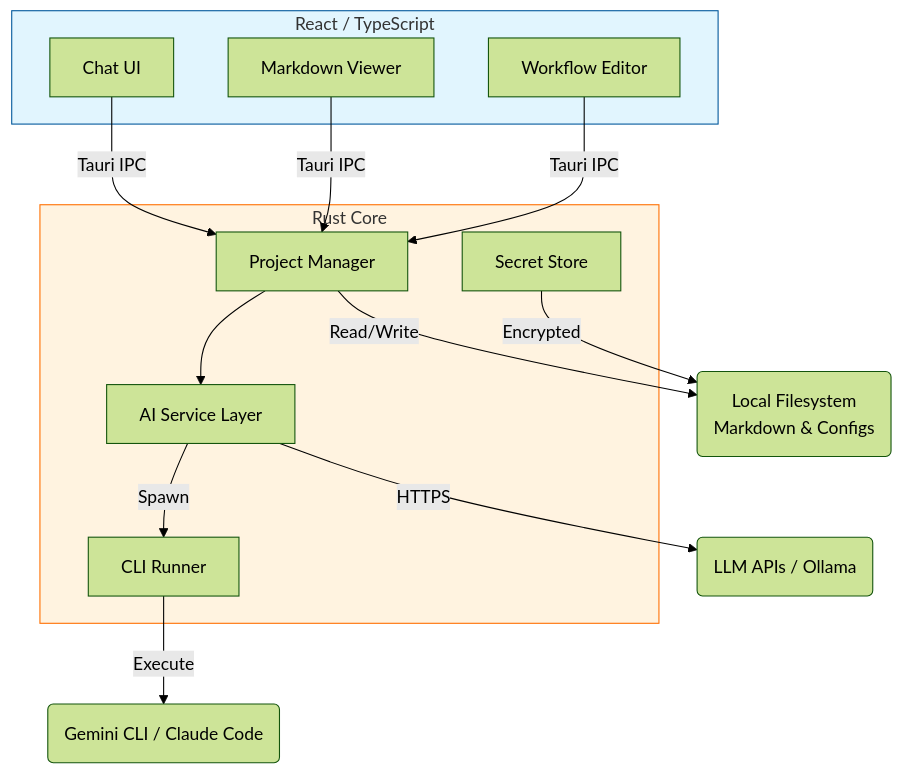
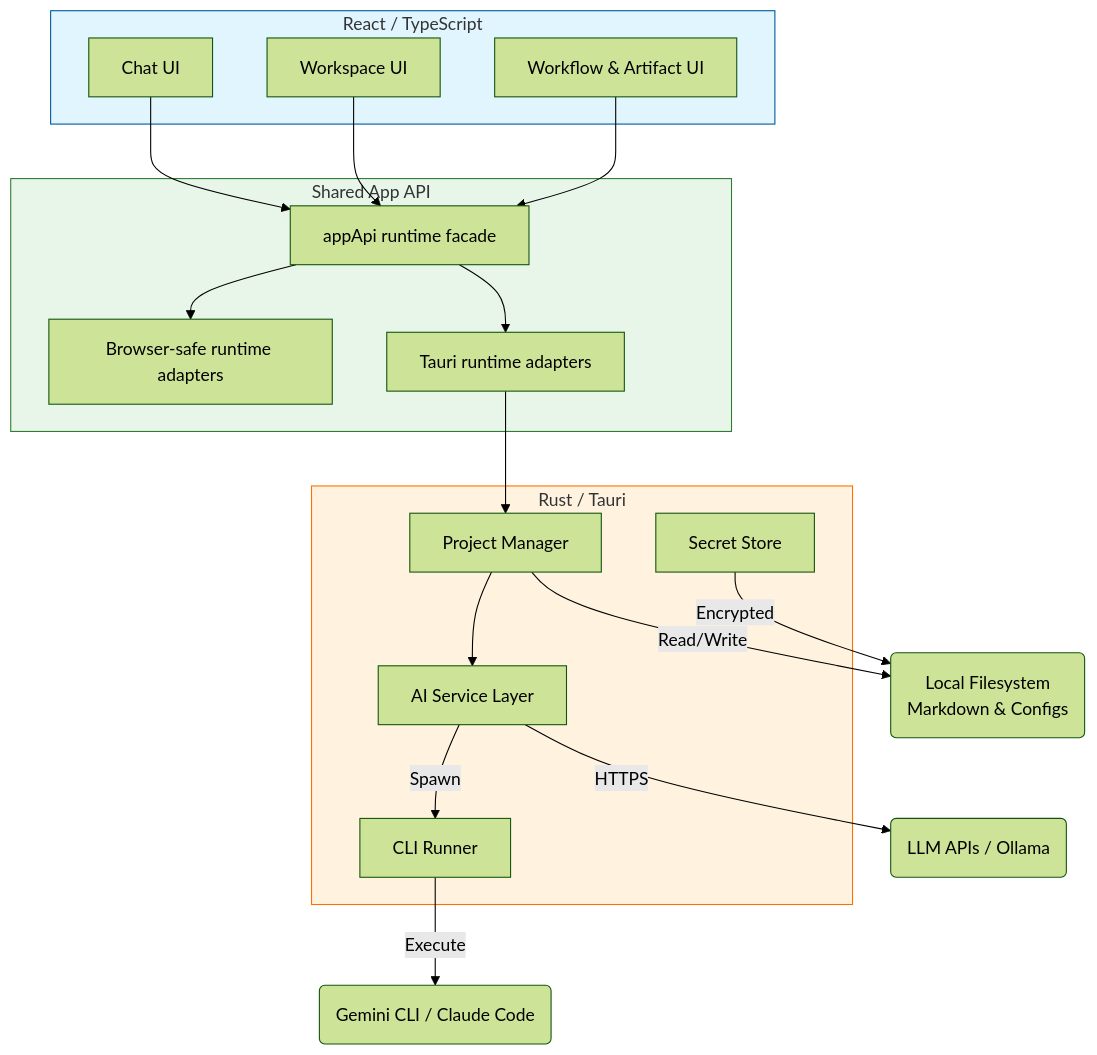
One commit to AIResearchFactory/productOS changed the diagram in README.md. Above: the diagram before and after it, drawn with Mermaid (forest theme). The commit also changed other lines of this file, not shown here.

Commit message:
Update README for browser-first runtime and Playwright

````diff
--- a/README.md
+++ b/README.md
@@ -74,28 +74,38 @@
 ```mermaid
 flowchart TD
     subgraph Frontend [React / TypeScript]
         A[Chat UI]
-        B[Markdown Viewer]
-        C[Workflow Editor]
+        B[Workspace UI]
+        C[Workflow & Artifact UI]
     end
 
-    subgraph Backend [Rust Core]
-        D[Project Manager]
-        E[AI Service Layer]
-        F[Secret Store]
-        I[CLI Runner]
+    subgraph SharedRuntime [Shared App API]
+        D[appApi runtime facade]
+        E[Browser-safe runtime adapters]
+        F[Tauri runtime adapters]
     end
 
-    A -->|Tauri IPC| D
-    B -->|Tauri IPC| D
-    C -->|Tauri IPC| D
+    subgraph NativeBackend [Rust / Tauri]
+        G[Project Manager]
+        H[AI Service Layer]
+        I[Secret Store]
+        J[CLI Runner]
+    end
+
+    A --> D
+    B --> D
+    C --> D
     D --> E
-    D -->|Read/Write| G(Local Filesystem\nMarkdown & Configs)
-    E -->|HTTPS| H(LLM APIs / Ollama)
-    E -->|Spawn| I
-    I -->|Execute| J(Gemini CLI / Claude Code)
-    F -->|Encrypted| G
-    
+    D --> F
+    F --> G
+    G --> H
+    G -->|Read/Write| K(Local Filesystem\nMarkdown & Configs)
+    H -->|HTTPS| L(LLM APIs / Ollama)
+    H -->|Spawn| J
+    J -->|Execute| M(Gemini CLI / Claude Code)
+    I -->|Encrypted| K
+
     style Frontend fill:#e1f5fe,stroke:#01579b
-    style Backend fill:#fff3e0,stroke:#ff6f00
+    style SharedRuntime fill:#e8f5e9,stroke:#2e7d32
+    style NativeBackend fill:#fff3e0,stroke:#ff6f00
 ```
````
